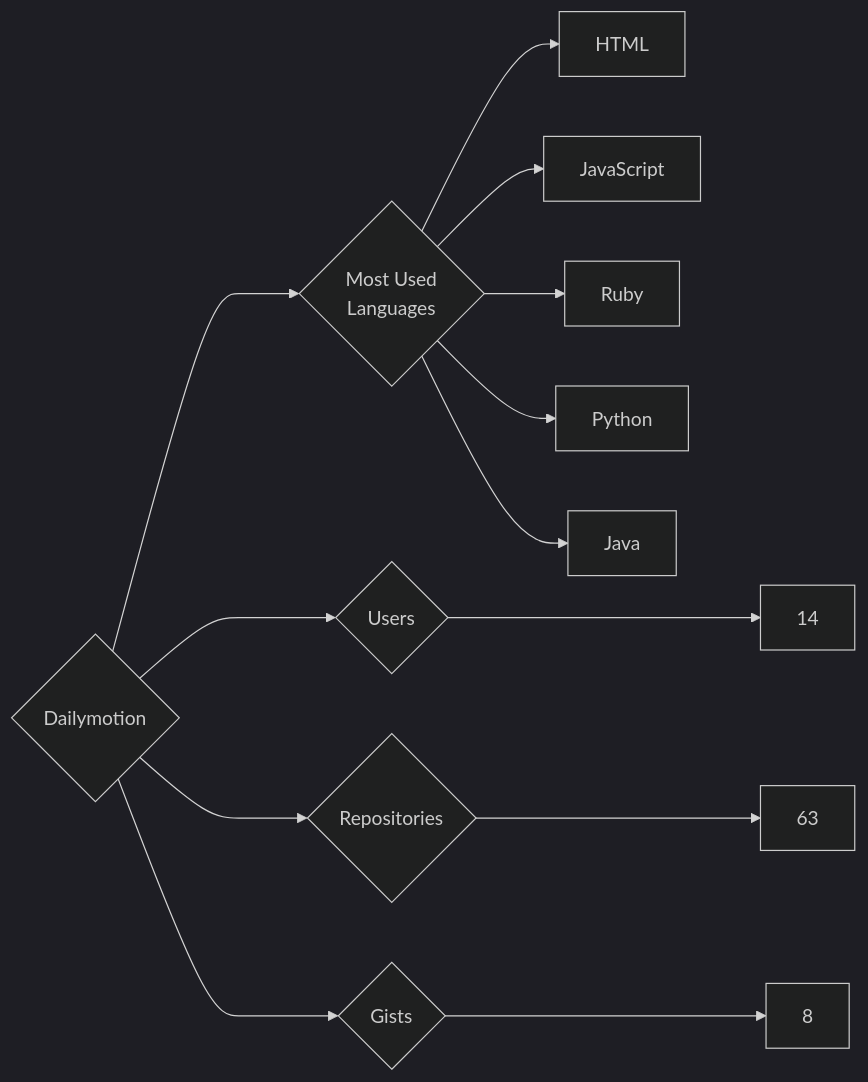
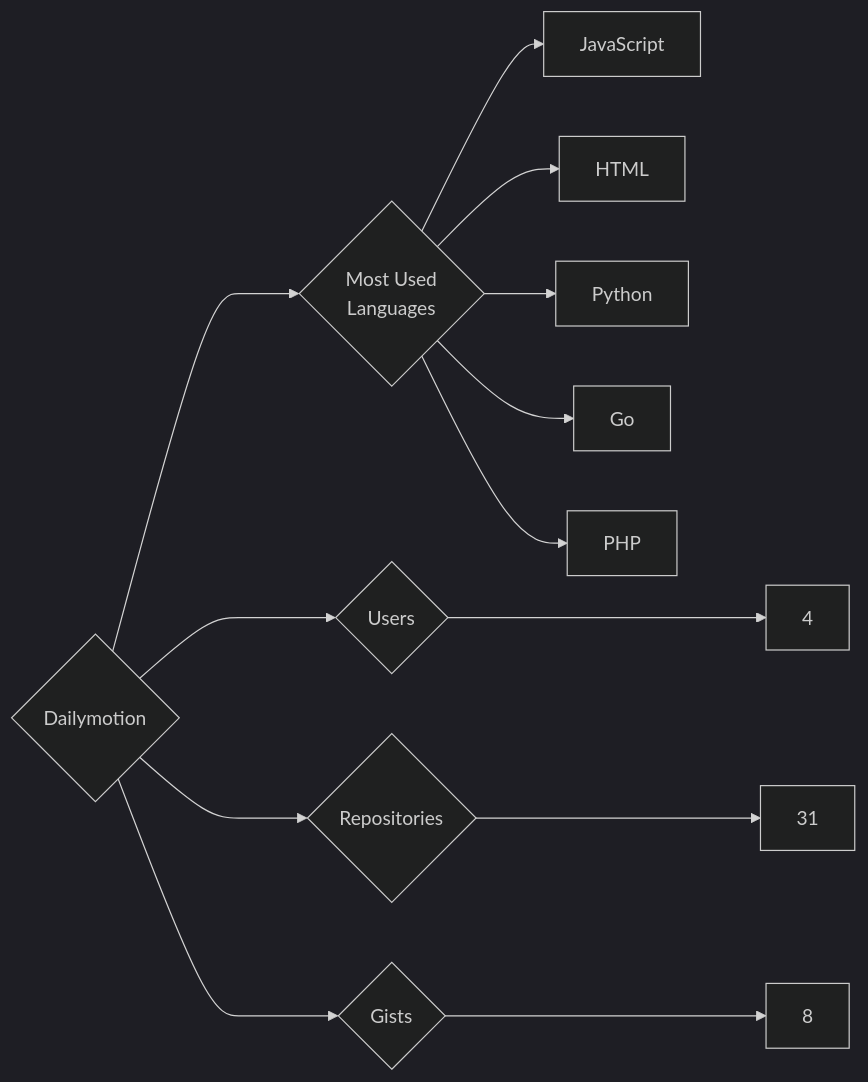
Before and after one commit to trickest/insiders: the diagram in targets/Dailymotion/README.md, drawn with Mermaid (dark theme). The commit also changed 895 other files, not shown here.

````diff
--- a/targets/Dailymotion/README.md
+++ b/targets/Dailymotion/README.md
@@ -3,13 +3,13 @@
 ```mermaid
 graph LR
 COMPANY_NAME{Dailymotion}
-COMPANY_NAME ---> U{Users} ---> UN[14]
-COMPANY_NAME ---> R{Repositories} ---> RN[63]
+COMPANY_NAME ---> U{Users} ---> UN[4]
+COMPANY_NAME ---> R{Repositories} ---> RN[31]
 COMPANY_NAME ---> G{Gists} ---> GN[8]
 COMPANY_NAME ---> ML{Most Used<br>Languages}
+ML --> JavaScript[JavaScript]
 ML --> HTML[HTML]
-ML --> JavaScript[JavaScript]
-ML --> Ruby[Ruby]
 ML --> Python[Python]
-ML --> Java[Java]
+ML --> Go[Go]
+ML --> PHP[PHP]
 ```
````
